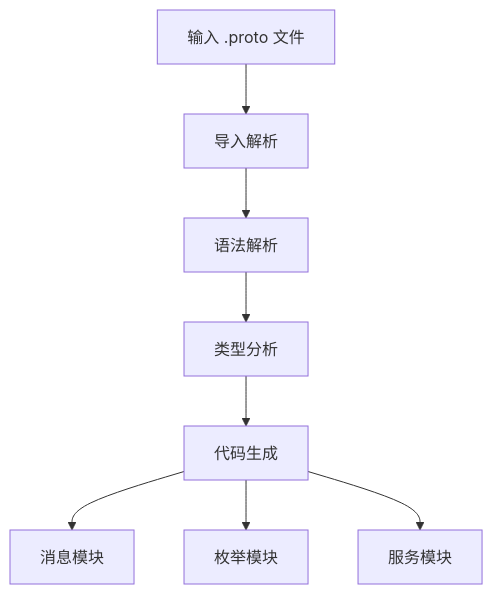
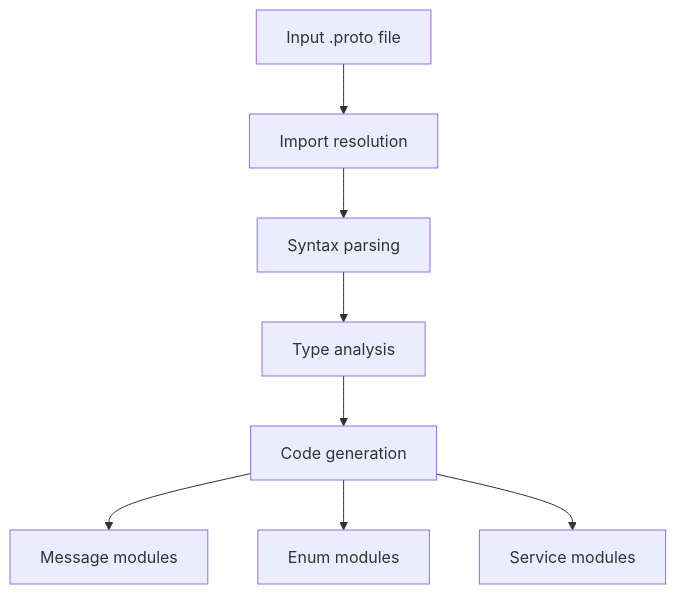
One commit to webc-site/npm changed the diagram in proto2js/readme/zh/README.md. Above: the diagram before and after it, drawn with Mermaid. The commit also changed other lines of this file and 1 other file, not shown here.

Commit message:
feat: rename package to @1-/proto2js and enhance README with dependency-aware parsing details

````diff
--- a/proto2js/readme/zh/README.md
+++ b/proto2js/readme/zh/README.md
@@ -28,10 +28,10 @@
 ```mermaid
 graph TD
-A[输入 .proto 文件] --> B[导入解析]
-B --> C[语法解析]
-C --> D[类型分析]
-D --> E[代码生成]
-E --> F[消息模块]
-E --> G[枚举模块]
-E --> H[服务模块]
+A[Input .proto file] --> B[Import resolution]
+B --> C[Syntax parsing]
+C --> D[Type analysis]
+D --> E[Code generation]
+E --> F[Message modules]
+E --> G[Enum modules]
+E --> H[Service modules]
 ```
````
